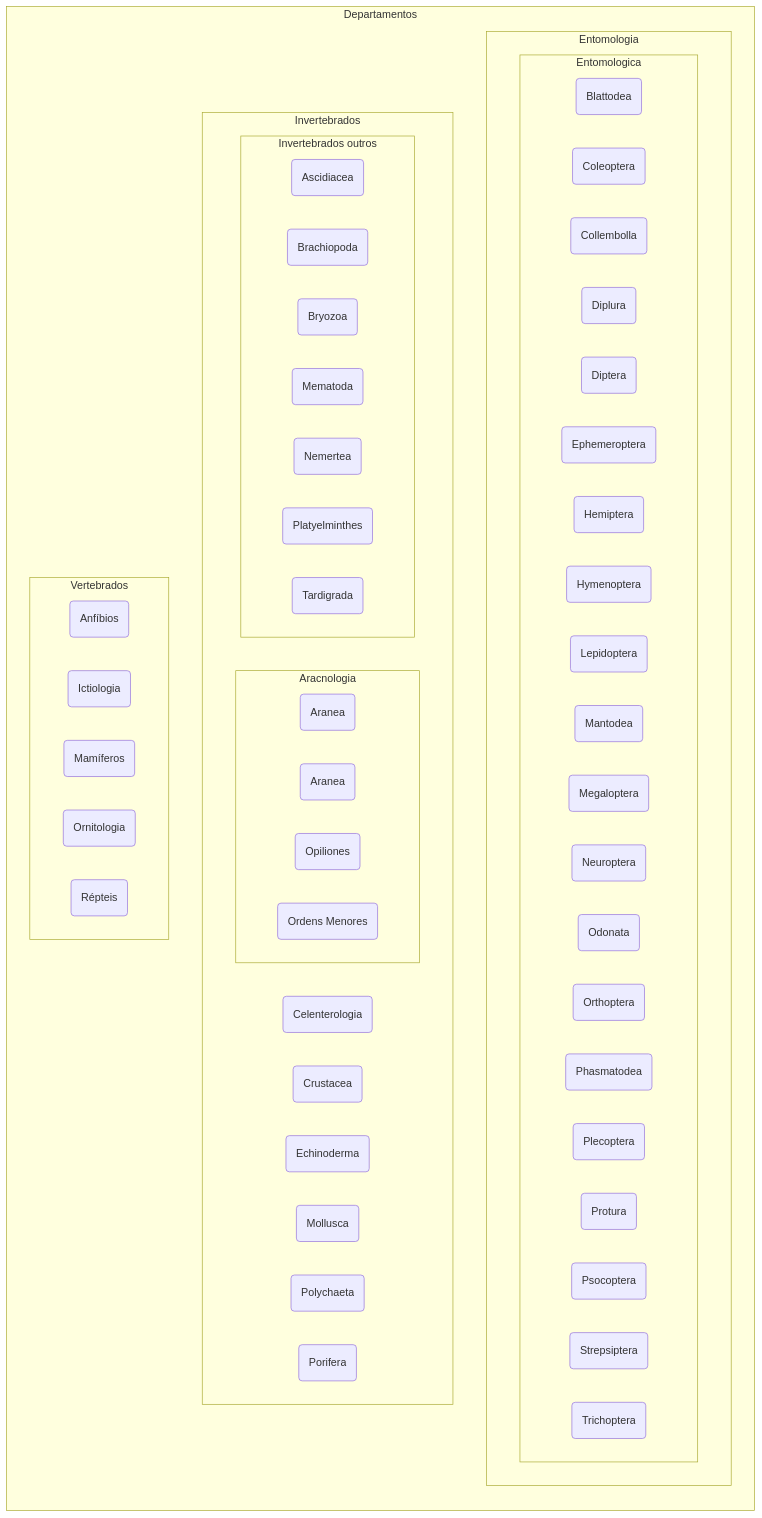
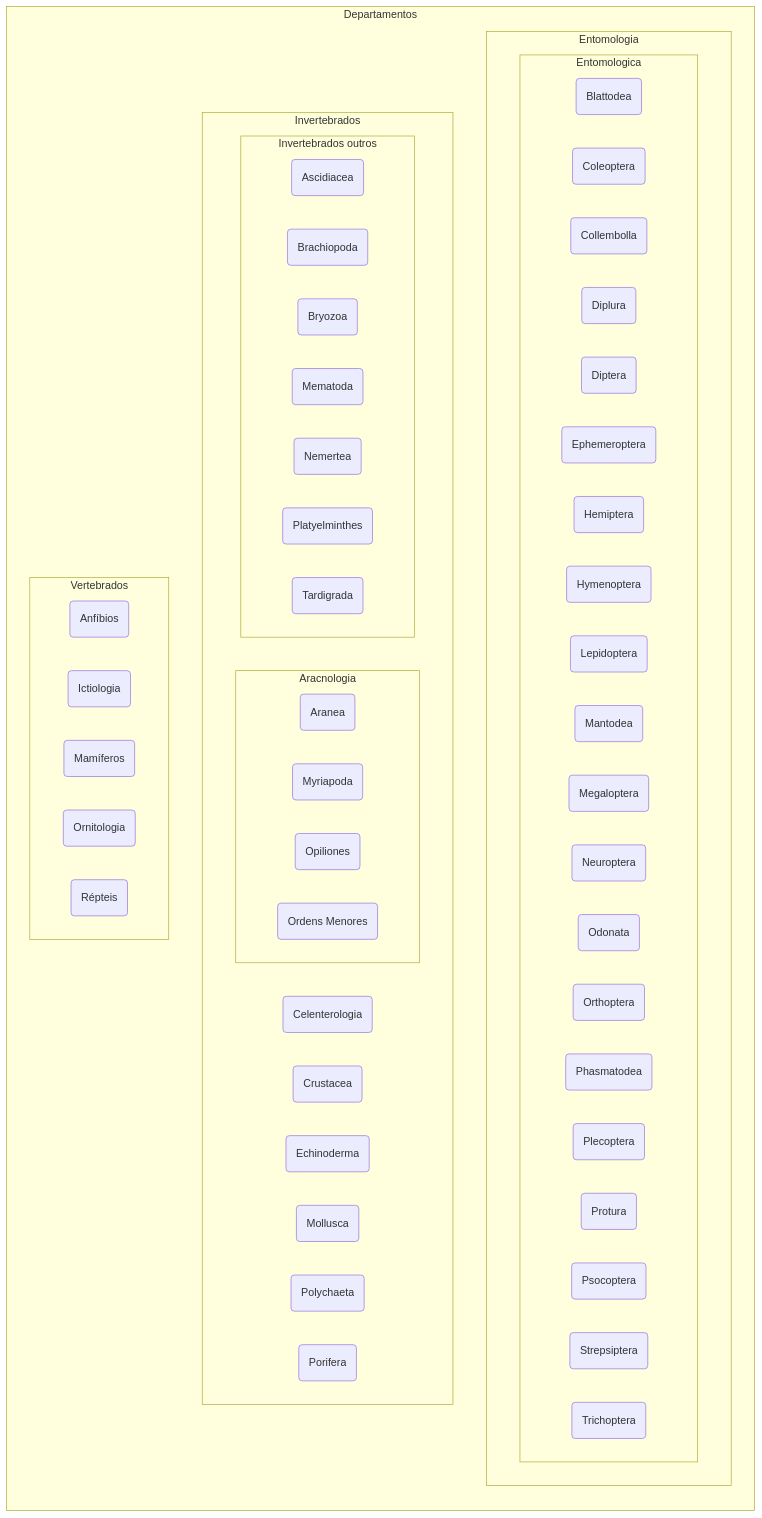
The diagram in organizacaoInstitucional/museuNacional/README.md (MuseuNacional/SpecifyBR), drawn with Mermaid before and after one commit.

````diff
--- a/organizacaoInstitucional/museuNacional/README.md
+++ b/organizacaoInstitucional/museuNacional/README.md
@@ -3,75 +3,75 @@
 ```mermaid
 flowchart TB
   subgraph Departamentos
       direction TB    
       subgraph Entomologia
       direction LR
         subgraph Entomologica
         direction LR
           c2(Blattodea)
           c3(Coleoptera)
           c4(Collembolla)
           c5(Diplura)
           c6(Diptera)
           c7(Ephemeroptera)
           c8(Hemiptera)
           c9(Hymenoptera)
           c10(Lepidoptera)
           c11(Mantodea)
           c12(Megaloptera)
           c13(Neuroptera)
           c14(Odonata)
           c15(Orthoptera)
           c16(Phasmatodea)
           c17(Plecoptera)
           c18(Protura)
           c19(Psocoptera)
           c20(Strepsiptera)
           c21(Trichoptera)
         end
       end
       subgraph Invertebrados
       direction LR
         c34(Celenterologia)
         c35(Crustacea)
         click c35 href "https://github.com/edalcin/SpecifyBR/blob/main/organizacaoInstitucional/museuNacional/colecoes/crustaceae.md"
         c36(Echinoderma)
         click c36 href "https://github.com/edalcin/SpecifyBR/blob/main/organizacaoInstitucional/museuNacional/colecoes/echinoderma.md"
         c37(Mollusca)
         click c37 href "https://github.com/edalcin/SpecifyBR/blob/main/organizacaoInstitucional/museuNacional/colecoes/mollusca.md"
         c38(Polychaeta)
         click c38 href "https://github.com/edalcin/SpecifyBR/blob/main/organizacaoInstitucional/museuNacional/colecoes/polychaeta.md"
         c39(Porifera)
         click c39 href "https://github.com/edalcin/SpecifyBR/blob/main/organizacaoInstitucional/museuNacional/colecoes/porifera.md"
         subgraph Aracnologia
         direction LR   
           c23(Aranea)
-          c24(Aranea)
+          c24(Myriapoda)
           c25(Opiliones)
           c26(Ordens Menores)
         end
         subgraph Invertebrados outros
         direction LR   
           c27(Ascidiacea)
           c28(Brachiopoda)
           c29(Bryozoa)
           c30(Mematoda)
           c31(Nemertea)
           c32(Platyelminthes)
           c33(Tardigrada)
         end
       end
       subgraph Vertebrados
       direction LR   
         c40(Anfíbios)
         click c40 href "https://github.com/edalcin/SpecifyBR/blob/main/organizacaoInstitucional/museuNacional/colecoes/anfibios.md"
         c41(Ictiologia)
         click c41 href "https://github.com/edalcin/SpecifyBR/blob/main/organizacaoInstitucional/museuNacional/colecoes/ictiologia.md"
         c42(Mamíferos)
         c43(Ornitologia)
         click c43 href "https://github.com/edalcin/SpecifyBR/blob/main/organizacaoInstitucional/museuNacional/colecoes/ornitologia.md"
         c44(Répteis)
         click c44 href "https://github.com/edalcin/SpecifyBR/blob/main/organizacaoInstitucional/museuNacional/colecoes/repteis.md"
       end
 end
 ```
````
